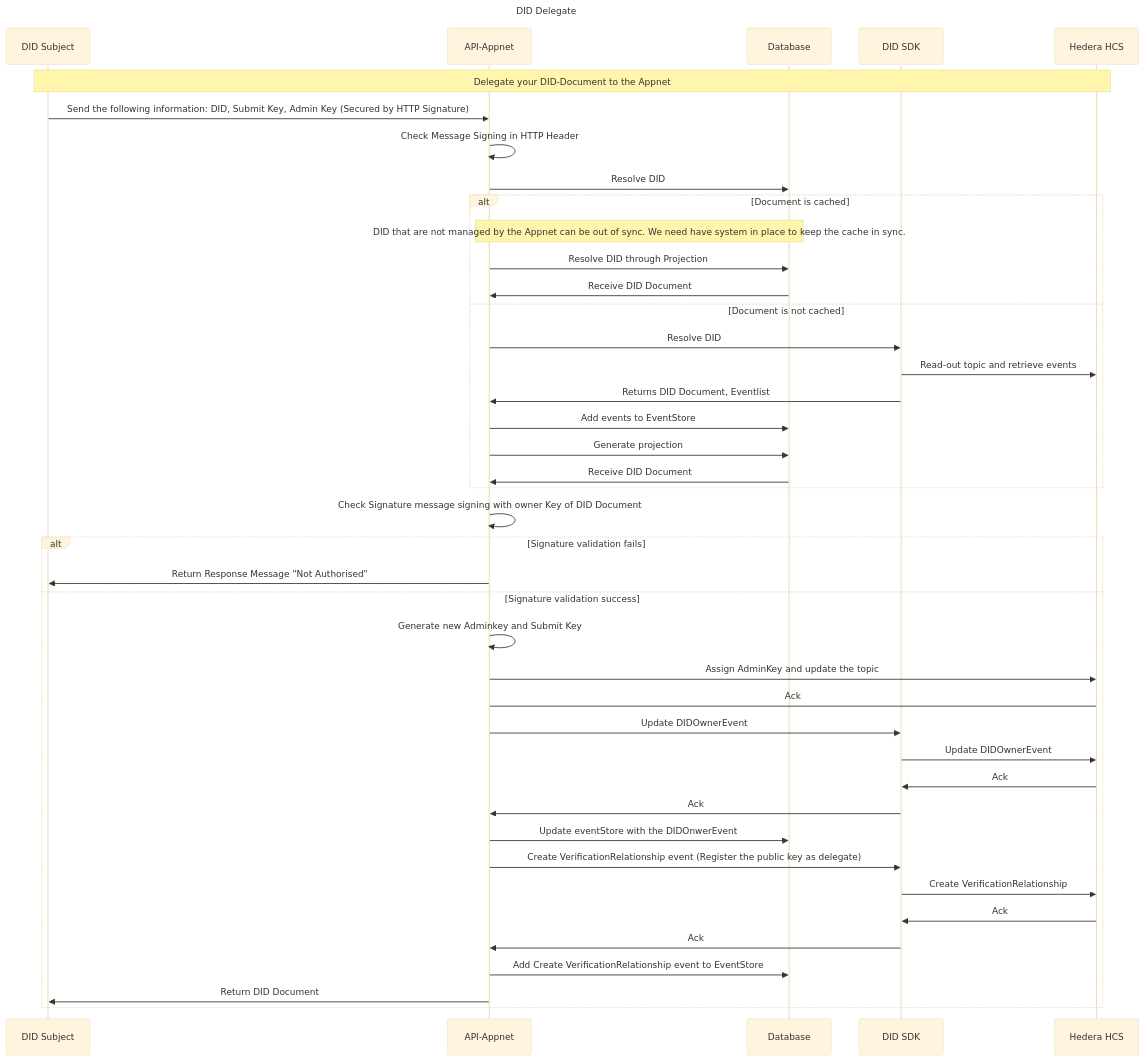
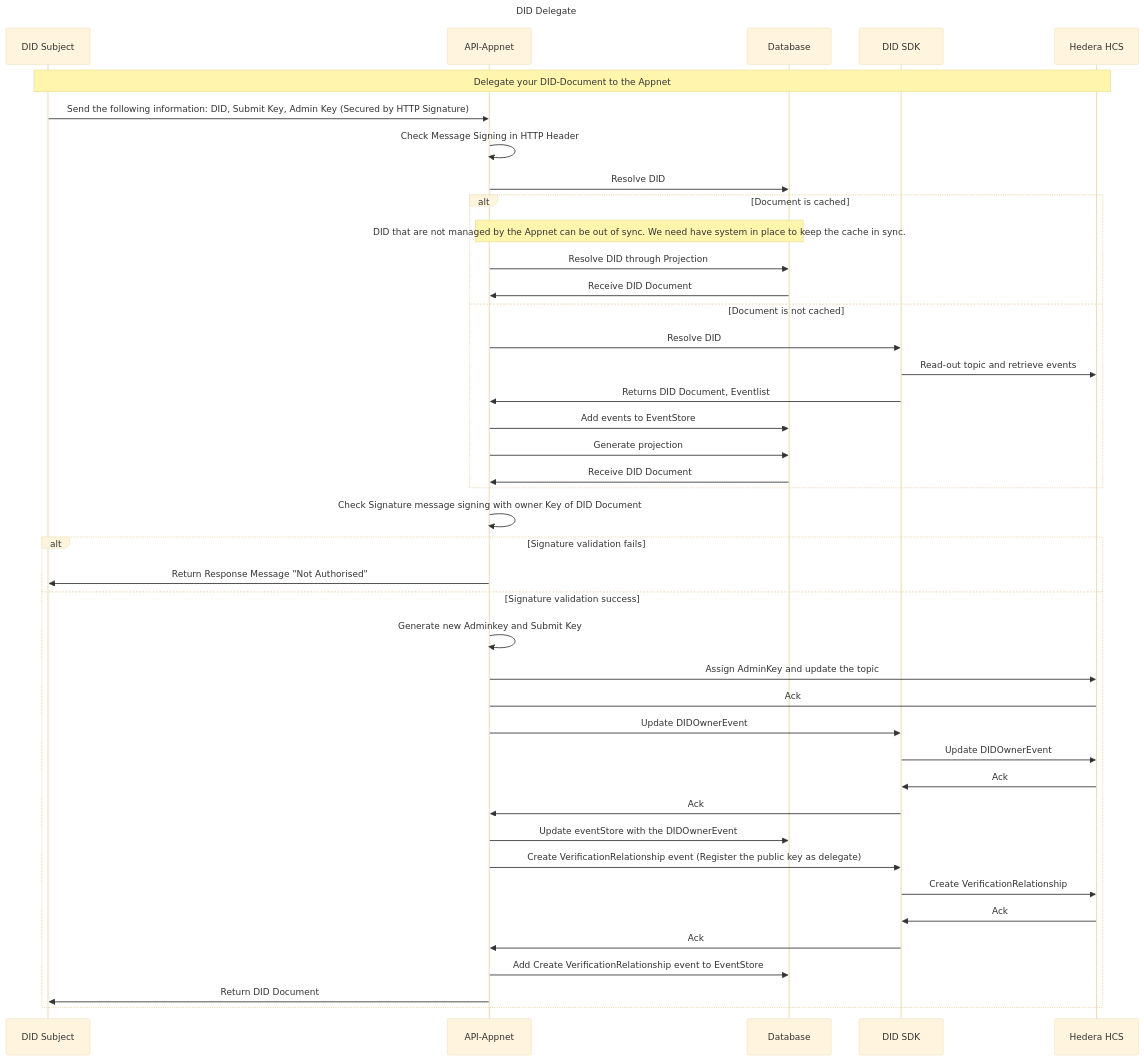
The diagram in documentation/diagrams/did-delegate.mmd (Meeco/hedera-did-identity-network), drawn with Mermaid (base theme) before and after one commit. The commit also changed 2 other files, not shown here.

Commit message:
docs: Fix some typos in the diagrams.

```diff
--- a/documentation/diagrams/did-delegate.mmd
+++ b/documentation/diagrams/did-delegate.mmd
@@ -1,45 +1,45 @@
 sequenceDiagram
 Title: DID Delegate
 
 participant Subject as DID Subject
 participant API as API-Appnet
 participant Database as Database
 participant DIDSDK as DID SDK
 participant HCS as Hedera HCS
 
 
 note over Subject,HCS: Delegate your DID-Document to the Appnet
 Subject ->> API: Send the following information: DID, Submit Key, Admin Key (Secured by HTTP Signature)
 API ->> API: Check Message Signing in HTTP Header
 API ->> Database: Resolve DID
 alt Document is cached
 note over API,Database: DID that are not managed by the Appnet can be out of sync. We need have system in place to keep the cache in sync.
 API ->> Database: Resolve DID through Projection
 Database ->> API: Receive DID Document
 else Document is not cached
 API ->> DIDSDK:  Resolve DID
 DIDSDK ->> HCS:  Read-out topic and retrieve events
 DIDSDK ->> API: Returns DID Document, Eventlist
 API ->> Database: Add events to EventStore
 API ->> Database: Generate projection
 Database ->> API: Receive DID Document
 end
 API ->> API: Check Signature message signing with owner Key of DID Document
 alt Signature validation fails
 API ->> Subject: Return Response Message "Not Authorised"
 else Signature validation success
 API ->> API: Generate new Adminkey and Submit Key
 API ->> HCS: Assign AdminKey and update the topic
 HCS -> API: Ack
 API ->> DIDSDK: Update DIDOwnerEvent
 DIDSDK ->> HCS: Update DIDOwnerEvent
 HCS ->> DIDSDK: Ack
 DIDSDK ->> API: Ack
-API ->> Database: Update eventStore with the DIDOnwerEvent
+API ->> Database: Update eventStore with the DIDOwnerEvent
 API ->> DIDSDK: Create VerificationRelationship event (Register the public key as delegate)
 DIDSDK ->> HCS: Create VerificationRelationship
 HCS ->> DIDSDK: Ack
 DIDSDK ->> API: Ack
 API ->> Database: Add Create VerificationRelationship event to EventStore
 API ->> Subject: Return DID Document
 end
```
